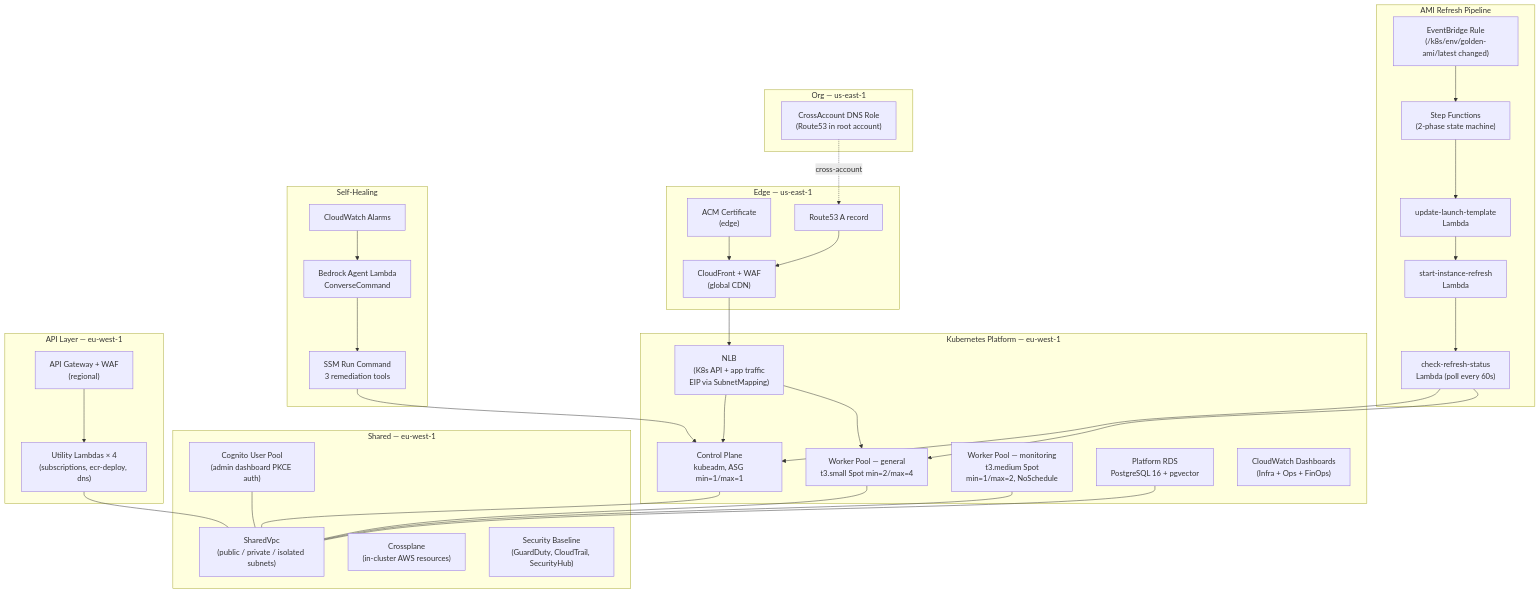
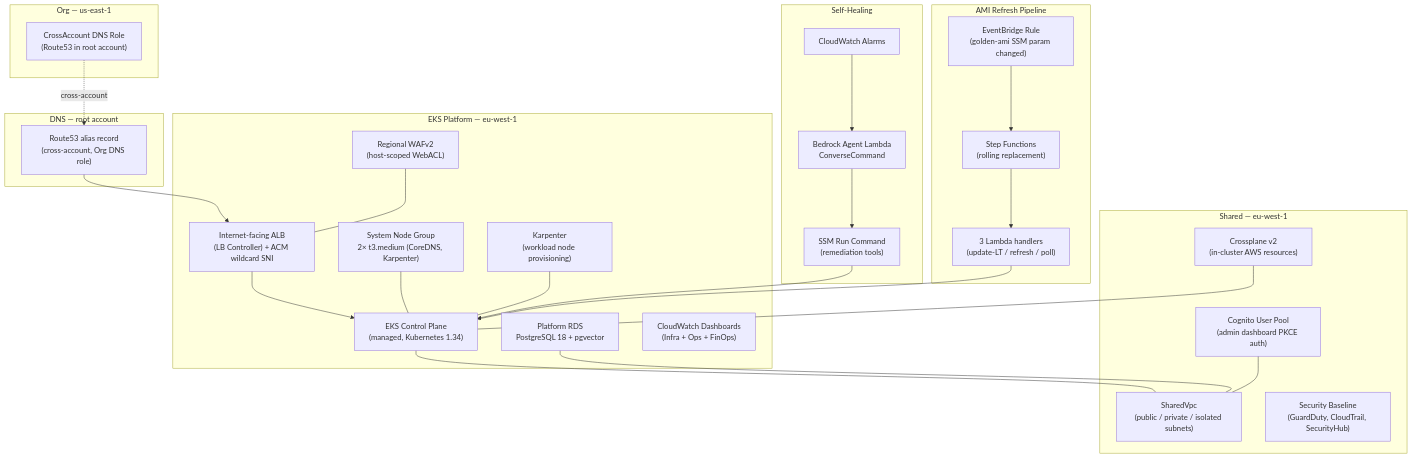
One commit to Nelson-Lamounier/tucaken-infra changed the diagram in README.md. Above: the diagram before and after it, drawn with Mermaid. The commit also changed other lines of this file, not shown here.

First line of the commit message:
docs(readme): rewrite for EKS platform reality and repo rename

````diff
--- a/README.md
+++ b/README.md
@@ -46,70 +107,56 @@
 ```mermaid
 graph TB
-    subgraph "Edge — us-east-1"
-        CF["CloudFront + WAF\n(global CDN)"]
-        ACM["ACM Certificate\n(edge)"]
-        R53["Route53 A record"]
+    subgraph dns["DNS — root account"]
+        R53["Route53 alias record\n(cross-account, Org DNS role)"]
     end
 
-    subgraph "Shared — eu-west-1"
+    subgraph shared["Shared — eu-west-1"]
         VPC["SharedVpc\n(public / private / isolated subnets)"]
         COGNITO["Cognito User Pool\n(admin dashboard PKCE auth)"]
-        XPLANE["Crossplane\n(in-cluster AWS resources)"]
+        XPLANE["Crossplane v2\n(in-cluster AWS resources)"]
         SEC["Security Baseline\n(GuardDuty, CloudTrail, SecurityHub)"]
     end
 
-    subgraph "Kubernetes Platform — eu-west-1"
-        NLB["NLB\n(K8s API + app traffic\nEIP via SubnetMapping)"]
-        CP["Control Plane\nkubeadm, ASG min=1/max=1"]
-        WGEN["Worker Pool — general\nt3.small Spot min=2/max=4"]
-        WMON["Worker Pool — monitoring\nt3.medium Spot\nmin=1/max=2, NoSchedule"]
-        RDS["Platform RDS\nPostgreSQL 16 + pgvector"]
+    subgraph eks["EKS Platform — eu-west-1"]
+        ALB["Internet-facing ALB\n(LB Controller) + ACM wildcard SNI"]
+        WAFR["Regional WAFv2\n(host-scoped WebACL)"]
+        CP["EKS Control Plane\n(managed, Kubernetes 1.34)"]
+        SNG["System Node Group\n2× t3.medium (CoreDNS, Karpenter)"]
+        KARP["Karpenter\n(workload node provisioning)"]
+        RDS["Platform RDS\nPostgreSQL 18 + pgvector"]
         OBS["CloudWatch Dashboards\n(Infra + Ops + FinOps)"]
     end
 
-    subgraph "AMI Refresh Pipeline"
-        EB["EventBridge Rule\n(/k8s/env/golden-ami/latest changed)"]
-        SF["Step Functions\n(2-phase state machine)"]
-        LT["update-launch-template\nLambda"]
-        SI["start-instance-refresh\nLambda"]
-        CS["check-refresh-status\nLambda (poll every 60s)"]
+    subgraph ami["AMI Refresh Pipeline"]
+        EB["EventBridge Rule\n(golden-ami SSM param changed)"]
+        SF["Step Functions\n(rolling replacement)"]
+        LH["3 Lambda handlers\n(update-LT / refresh / poll)"]
     end
 
-    subgraph "Self-Healing"
+    subgraph heal["Self-Healing"]
         CWA["CloudWatch Alarms"]
         SHL["Bedrock Agent Lambda\nConverseCommand"]
-        SSM["SSM Run Command\n3 remediation tools"]
+        SSM["SSM Run Command\n(remediation tools)"]
     end
 
-    subgraph "API Layer — eu-west-1"
-        APIGW["API Gateway + WAF\n(regional)"]
-        UTIL["Utility Lambdas × 4\n(subscriptions, ecr-deploy, dns)"]
-    end
-
-    subgraph "Org — us-east-1"
+    subgraph org["Org — us-east-1"]
         DNS["CrossAccount DNS Role\n(Route53 in root account)"]
     end
 
-    CF --> NLB
-    ACM --> CF
-    R53 --> CF
-    NLB --> CP
-    NLB --> WGEN
+    R53 --> ALB
+    WAFR --- ALB
+    ALB --> CP
     CP --- VPC
-    WGEN --- VPC
-    WMON --- VPC
+    SNG --- CP
+    KARP --- CP
     RDS --- VPC
     COGNITO --- VPC
-    APIGW --> UTIL
-    UTIL --- VPC
+    XPLANE --- CP
     CWA --> SHL
     SHL --> SSM
     SSM --> CP
     EB --> SF
-    SF --> LT
-    LT --> SI
-    SI --> CS
-    CS --> CP
-    CS --> WGEN
+    SF --> LH
+    LH --> CP
     DNS -.->|cross-account| R53
 ```
````
